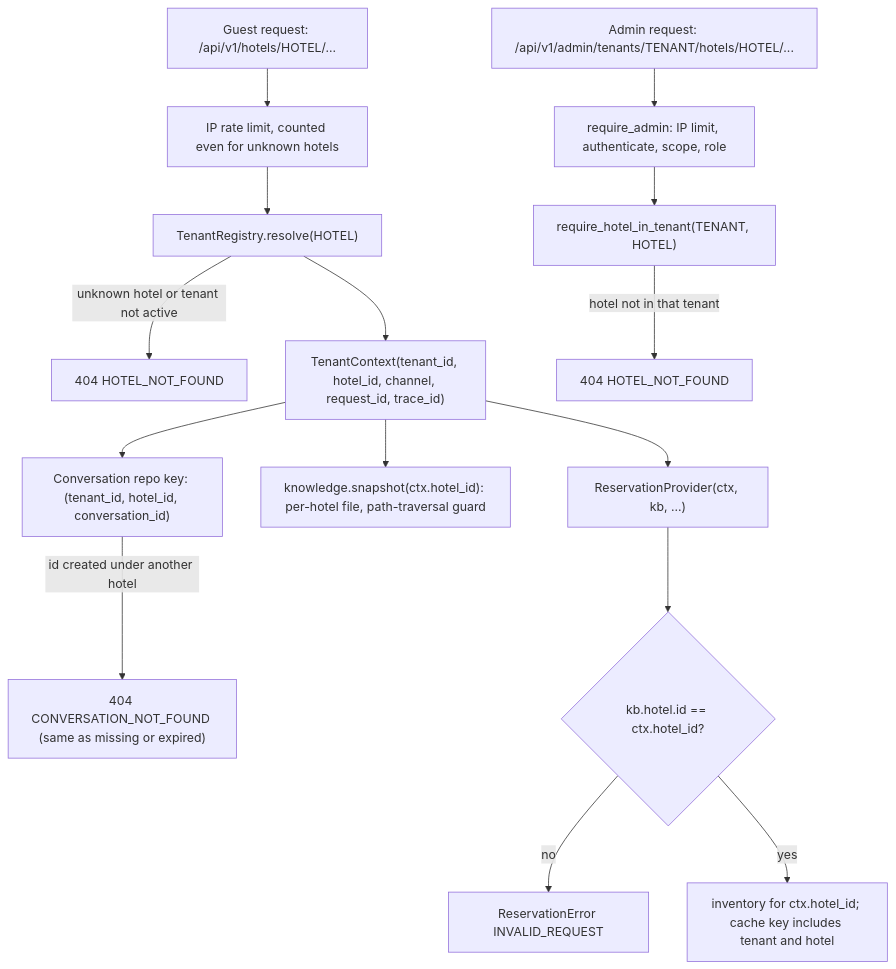
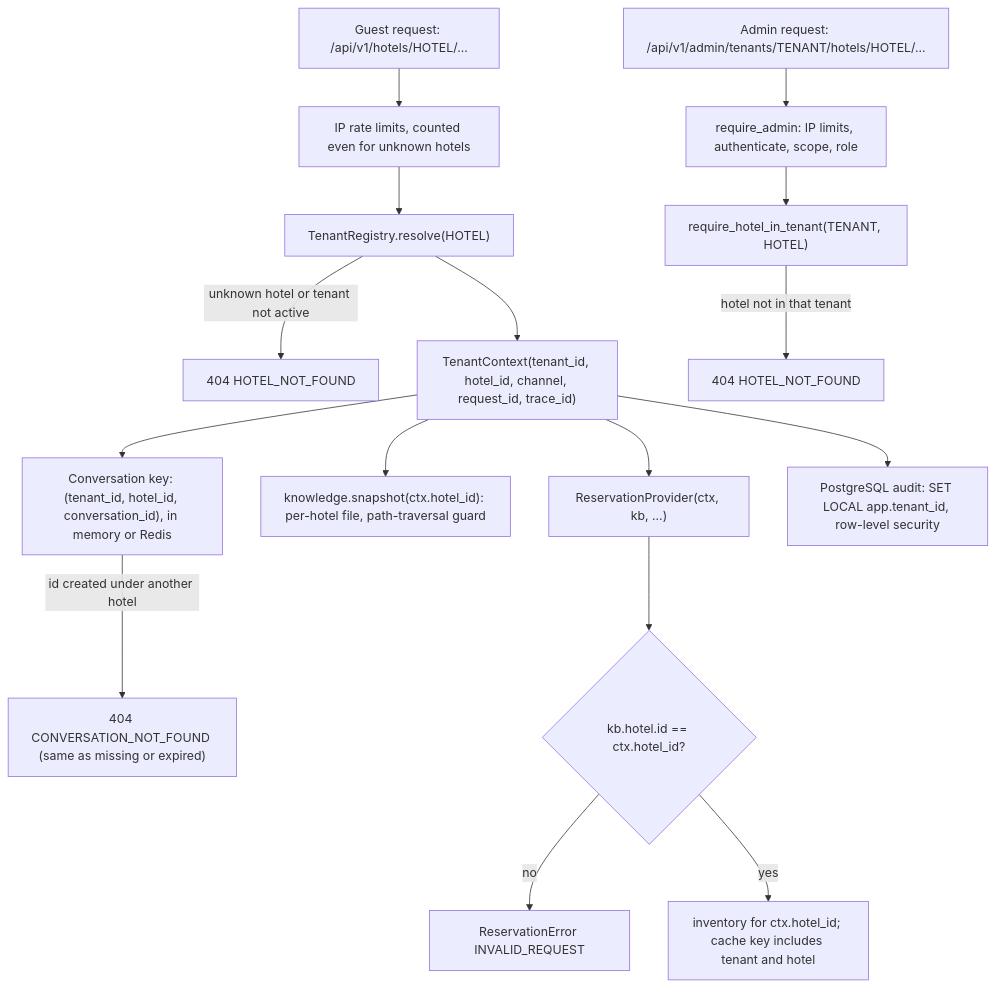
The seventh of 10 diagrams in docs/SYSTEM_DESIGN.md (chandu0580/simplotel-agent), drawn with Mermaid before and after one commit. The commit also changed other lines of this file and 112 other files, not shown here.

````diff
--- a/docs/SYSTEM_DESIGN.md
+++ b/docs/SYSTEM_DESIGN.md
@@ -332,17 +382,18 @@
 ```mermaid
 flowchart TD
-    REQ["Guest request: /api/v1/hotels/HOTEL/..."] --> IPL["IP rate limit, counted even for unknown hotels"]
+    REQ["Guest request: /api/v1/hotels/HOTEL/..."] --> IPL["IP rate limits, counted even for unknown hotels"]
     IPL --> RES["TenantRegistry.resolve(HOTEL)"]
     RES -->|"unknown hotel or tenant not active"| H404["404 HOTEL_NOT_FOUND"]
     RES --> CTX["TenantContext(tenant_id, hotel_id, channel, request_id, trace_id)"]
-    CTX --> REPO["Conversation repo key: (tenant_id, hotel_id, conversation_id)"]
+    CTX --> REPO["Conversation key: (tenant_id, hotel_id, conversation_id), in memory or Redis"]
     REPO -->|"id created under another hotel"| C404["404 CONVERSATION_NOT_FOUND (same as missing or expired)"]
     CTX --> KB["knowledge.snapshot(ctx.hotel_id): per-hotel file, path-traversal guard"]
     CTX --> RP["ReservationProvider(ctx, kb, ...)"]
     RP --> CHK{"kb.hotel.id == ctx.hotel_id?"}
     CHK -->|"no"| RE["ReservationError INVALID_REQUEST"]
     CHK -->|"yes"| INV["inventory for ctx.hotel_id; cache key includes tenant and hotel"]
-    ADM["Admin request: /api/v1/admin/tenants/TENANT/hotels/HOTEL/..."] --> AUTH["require_admin: IP limit, authenticate, scope, role"]
+    CTX --> AUD["PostgreSQL audit: SET LOCAL app.tenant_id, row-level security"]
+    ADM["Admin request: /api/v1/admin/tenants/TENANT/hotels/HOTEL/..."] --> AUTH["require_admin: IP limits, authenticate, scope, role"]
     AUTH --> RHT["require_hotel_in_tenant(TENANT, HOTEL)"]
     RHT -->|"hotel not in that tenant"| A404["404 HOTEL_NOT_FOUND"]
 ```
````
